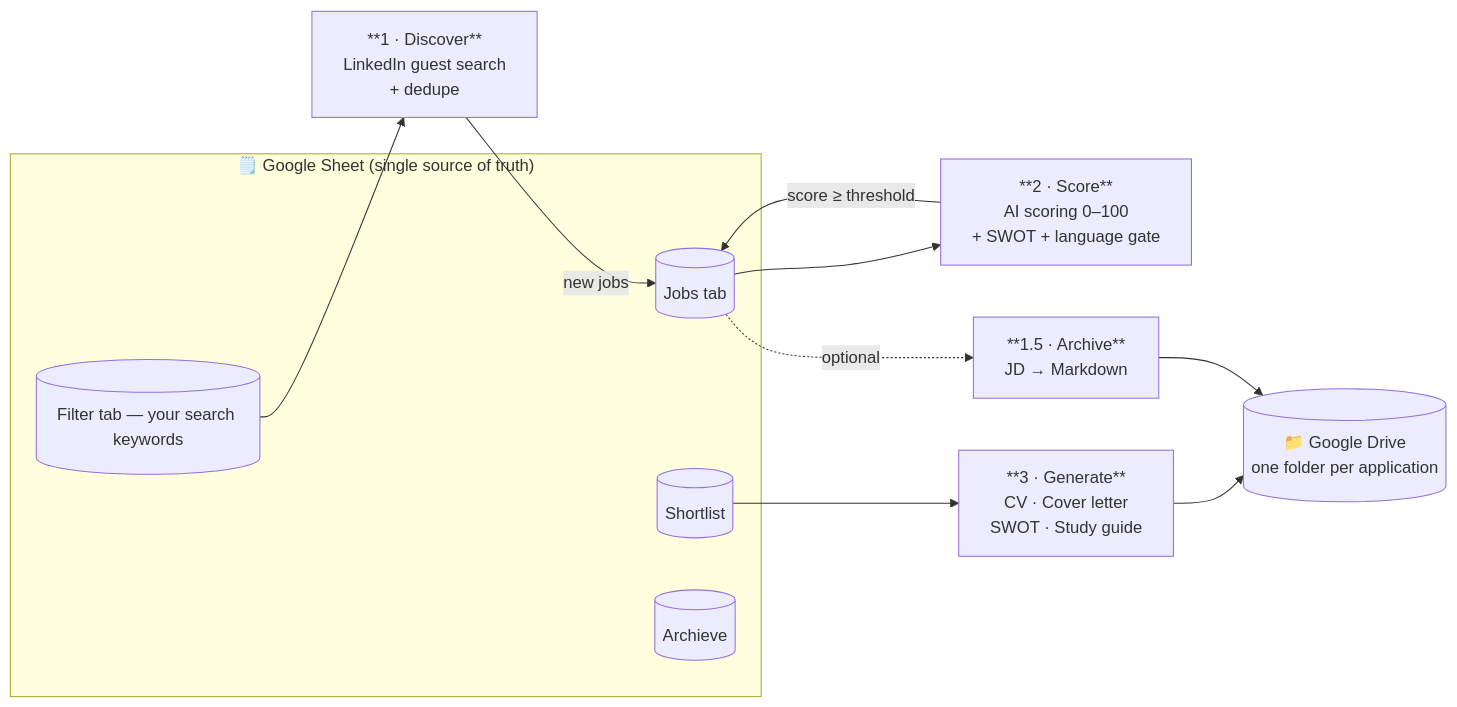
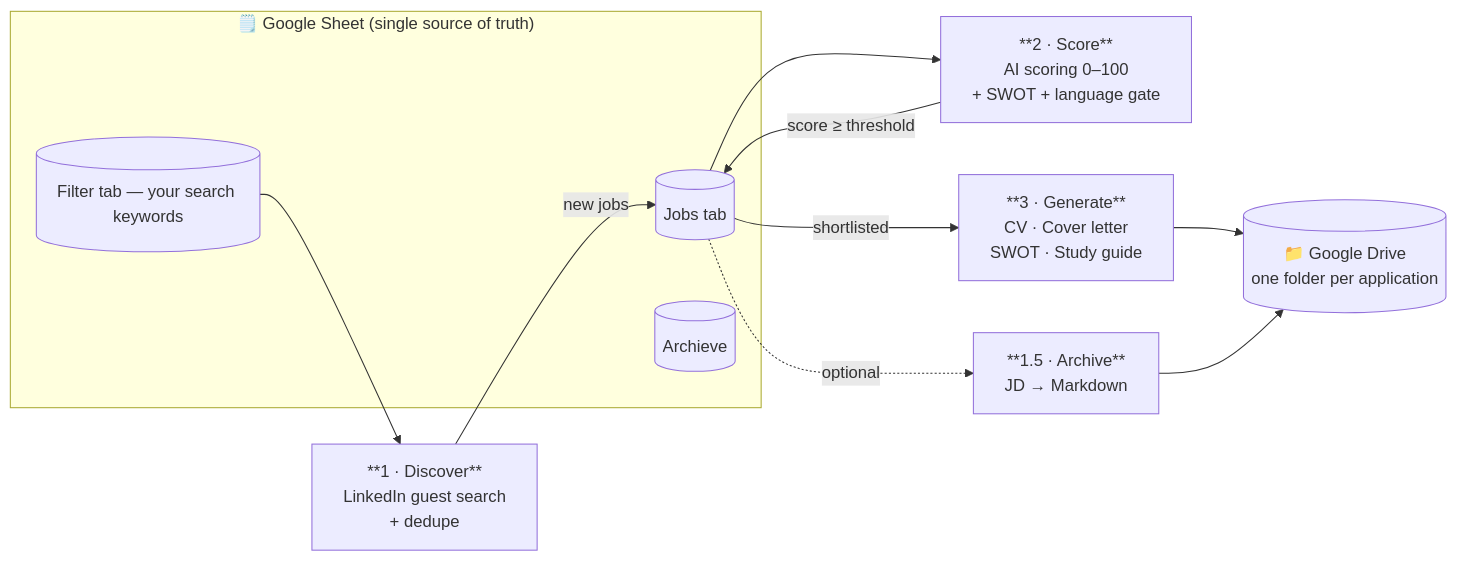
Before and after one commit to damran/role-radar: the diagram in README.md, drawn with Mermaid. The commit also changed other lines of this file and 12 other files, not shown here.

````diff
--- a/README.md
+++ b/README.md
@@ -62,18 +62,17 @@
 ```mermaid
 flowchart LR
   subgraph Sheet["🗒️ Google Sheet (single source of truth)"]
     JOBS[(Jobs tab)]
     FILTER[(Filter tab — your search keywords)]
-    SHORT[(Shortlist)]
     ARCH[(Archieve)]
   end
 
   FILTER --> P1
   P1["**1 · Discover**<br/>LinkedIn guest search<br/>+ dedupe"] -->|new jobs| JOBS
   JOBS --> P2["**2 · Score**<br/>AI scoring 0–100<br/>+ SWOT + language gate"]
   P2 -->|score ≥ threshold| JOBS
-  SHORT --> P3["**3 · Generate**<br/>CV · Cover letter<br/>SWOT · Study guide"]
+  JOBS -->|shortlisted| P3["**3 · Generate**<br/>CV · Cover letter<br/>SWOT · Study guide"]
   P3 --> DRIVE[(📁 Google Drive<br/>one folder per application)]
   JOBS -.optional.-> P15["**1.5 · Archive**<br/>JD → Markdown"]
   P15 --> DRIVE
 ```
````
